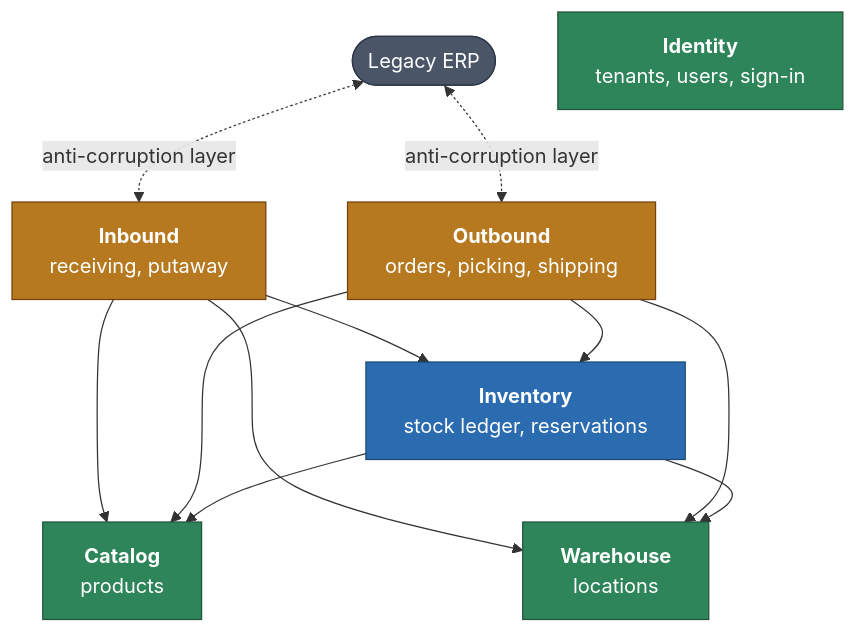
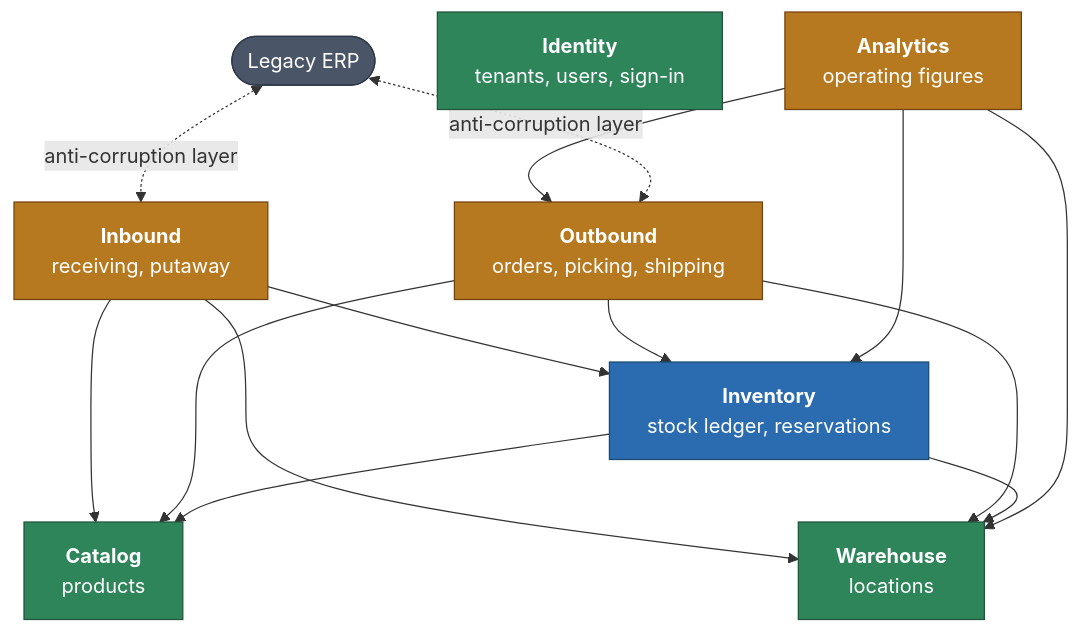
The diagram in docs/domain/context-map.md (Fit0/estiba-wms), drawn with Mermaid before and after one commit. The commit also changed other lines of this file and 34 other files, not shown here.

Commit message:
feat(analytics): add operating figures endpoint (#51)

````diff
--- a/docs/domain/context-map.md
+++ b/docs/domain/context-map.md
@@ -9,27 +9,31 @@
 ```mermaid
 flowchart TB
     erp(["Legacy ERP"]):::ext
     inbound["<b>Inbound</b><br/>receiving, putaway"]:::down
     outbound["<b>Outbound</b><br/>orders, picking, shipping"]:::down
     inventory["<b>Inventory</b><br/>stock ledger, reservations"]:::core
     catalog["<b>Catalog</b><br/>products"]:::up
     warehouse["<b>Warehouse</b><br/>locations"]:::up
     identity["<b>Identity</b><br/>tenants, users, sign-in"]:::up
+    analytics["<b>Analytics</b><br/>operating figures"]:::down
 
     inbound --> inventory
     outbound --> inventory
     inbound --> catalog
     inbound --> warehouse
     outbound --> catalog
     outbound --> warehouse
     inventory --> catalog
     inventory --> warehouse
+    analytics --> outbound
+    analytics --> inventory
+    analytics --> warehouse
 
     erp <-.->|"anti-corruption layer"| inbound
     erp <-.->|"anti-corruption layer"| outbound
 
     classDef up fill:#2f855a,stroke:#22543d,color:#ffffff
     classDef core fill:#2b6cb0,stroke:#1a4971,color:#ffffff
     classDef down fill:#b7791f,stroke:#744210,color:#ffffff
     classDef ext fill:#4a5568,stroke:#2d3748,color:#ffffff
 ```
````
